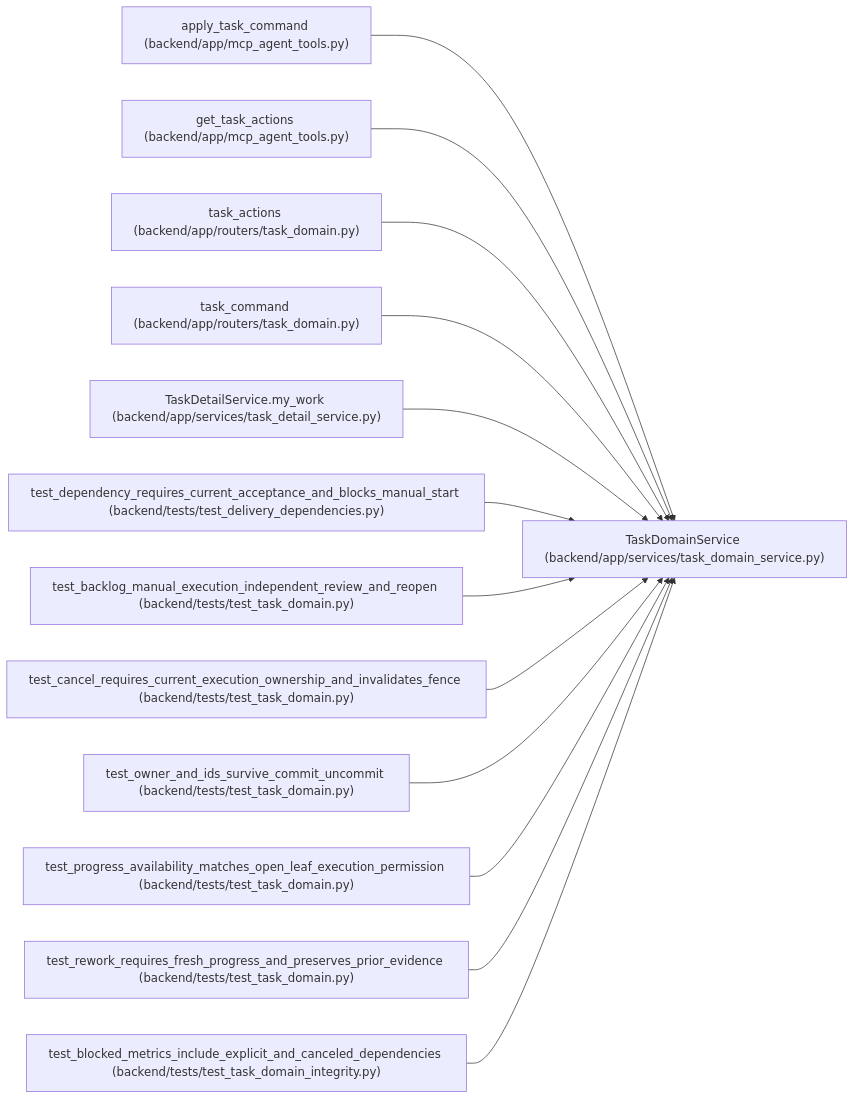
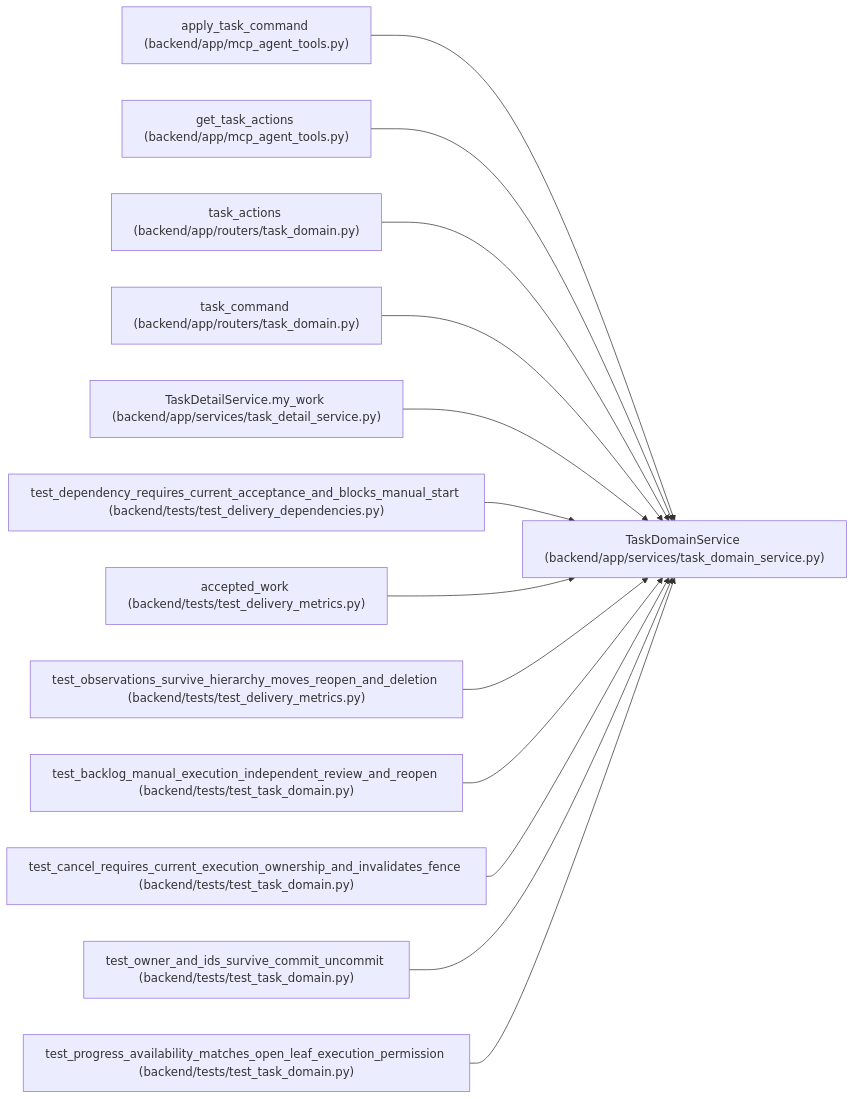
The diagram in docs/llm_wiki/entities/TaskDomainService.md (Denissvgn/WorkChord), drawn with Mermaid before and after one commit. The commit also changed other lines of this file and 628 other files, not shown here.

````diff
--- a/docs/llm_wiki/entities/TaskDomainService.md
+++ b/docs/llm_wiki/entities/TaskDomainService.md
@@ -31,41 +31,41 @@
 ```mermaid
 flowchart LR
     n0["TaskDomainService (backend/app/services/task_domain_service.py)"]
     n1["apply_task_command (backend/app/mcp_agent_tools.py)"]
     n2["get_task_actions (backend/app/mcp_agent_tools.py)"]
     n3["task_actions (backend/app/routers/task_domain.py)"]
     n4["task_command (backend/app/routers/task_domain.py)"]
     n5["TaskDetailService.my_work (backend/app/services/task_detail_service.py)"]
     n6["test_dependency_requires_current_acceptance_and_blocks_manual_start (backend/tests/test_delivery_dependencies.py)"]
-    n7["test_backlog_manual_execution_independent_review_and_reopen (backend/tests/test_task_domain.py)"]
-    n8["test_cancel_requires_current_execution_ownership_and_invalidates_fence (backend/tests/test_task_domain.py)"]
-    n9["test_owner_and_ids_survive_commit_uncommit (backend/tests/test_task_domain.py)"]
-    n10["test_progress_availability_matches_open_leaf_execution_permission (backend/tests/test_task_domain.py)"]
-    n11["test_rework_requires_fresh_progress_and_preserves_prior_evidence (backend/tests/test_task_domain.py)"]
-    n12["test_blocked_metrics_include_explicit_and_canceled_dependencies (backend/tests/test_task_domain_integrity.py)"]
+    n7["accepted_work (backend/tests/test_delivery_metrics.py)"]
+    n8["test_observations_survive_hierarchy_moves_reopen_and_deletion (backend/tests/test_delivery_metrics.py)"]
+    n9["test_backlog_manual_execution_independent_review_and_reopen (backend/tests/test_task_domain.py)"]
+    n10["test_cancel_requires_current_execution_ownership_and_invalidates_fence (backend/tests/test_task_domain.py)"]
+    n11["test_owner_and_ids_survive_commit_uncommit (backend/tests/test_task_domain.py)"]
+    n12["test_progress_availability_matches_open_leaf_execution_permission (backend/tests/test_task_domain.py)"]
     n1 --> n0
     n2 --> n0
     n3 --> n0
     n4 --> n0
     n5 --> n0
     n6 --> n0
     n7 --> n0
     n8 --> n0
     n9 --> n0
     n10 --> n0
     n11 --> n0
     n12 --> n0
     click n0 "../modules/task_domain_service.md"
     click n1 "../modules/mcp_agent_tools.md"
     click n2 "../modules/mcp_agent_tools.md"
     click n3 "../modules/routers_task_domain.md"
     click n4 "../modules/routers_task_domain.md"
     click n5 "../modules/task_detail_service.md"
     click n6 "../modules/test_delivery_dependencies.md"
-    click n7 "../modules/test_task_domain.md"
-    click n8 "../modules/test_task_domain.md"
+    click n7 "../modules/test_delivery_metrics.md"
+    click n8 "../modules/test_delivery_metrics.md"
     click n9 "../modules/test_task_domain.md"
     click n10 "../modules/test_task_domain.md"
     click n11 "../modules/test_task_domain.md"
-    click n12 "../modules/test_task_domain_integrity.md"
+    click n12 "../modules/test_task_domain.md"
 ```
````
